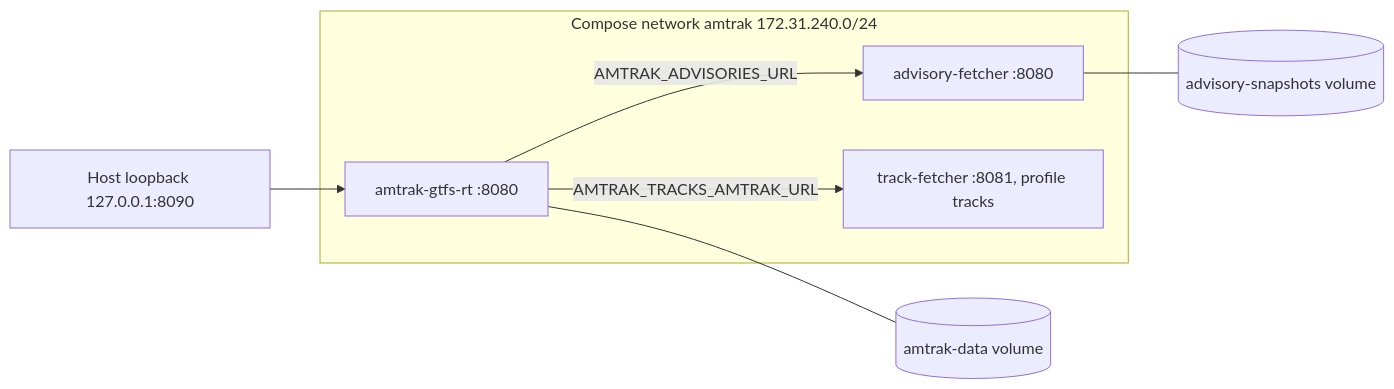
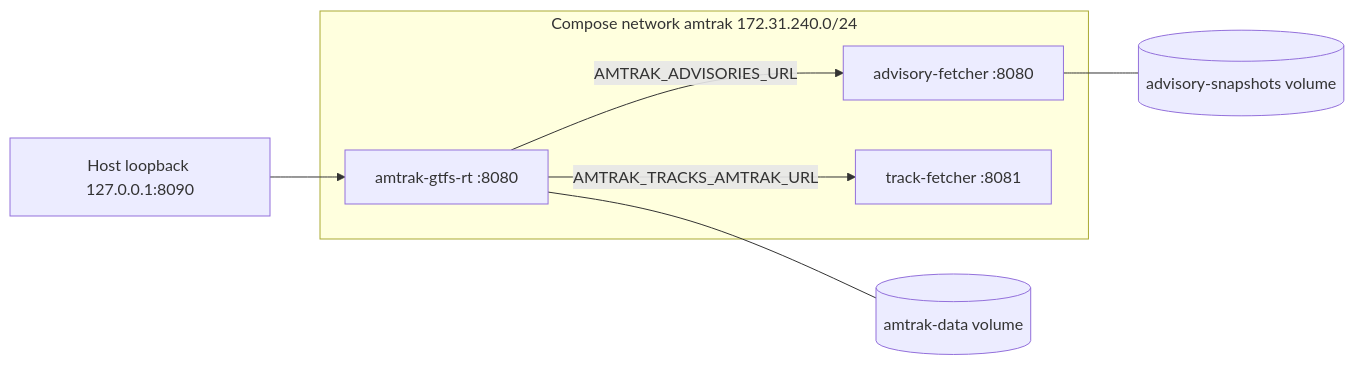
Before and after one commit to sohampatwardhan/Amtrak-GTFS-RT: the fourth of 8 diagrams in README.md, drawn with Mermaid. The commit also changed other lines of this file and 9 other files, not shown here.

````diff
--- a/README.md
+++ b/README.md
@@ -455,13 +456,13 @@
 ```mermaid
 flowchart LR
   host["Host loopback 127.0.0.1:8090"] --> svc["amtrak-gtfs-rt :8080"]
   subgraph net["Compose network amtrak 172.31.240.0/24"]
     svc
     adv["advisory-fetcher :8080"]
-    trk["track-fetcher :8081, profile tracks"]
+    trk["track-fetcher :8081"]
   end
   svc -->|"AMTRAK_ADVISORIES_URL"| adv
   svc -->|"AMTRAK_TRACKS_AMTRAK_URL"| trk
   svc --- data[("amtrak-data volume")]
   adv --- snaps[("advisory-snapshots volume")]
 ```
````
